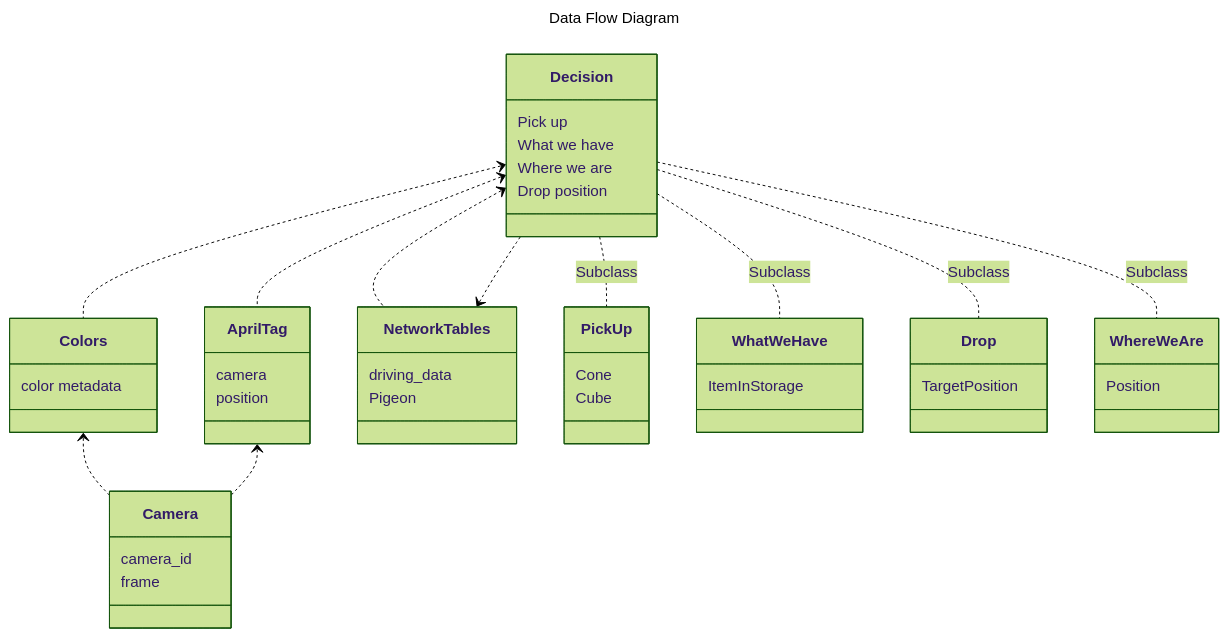
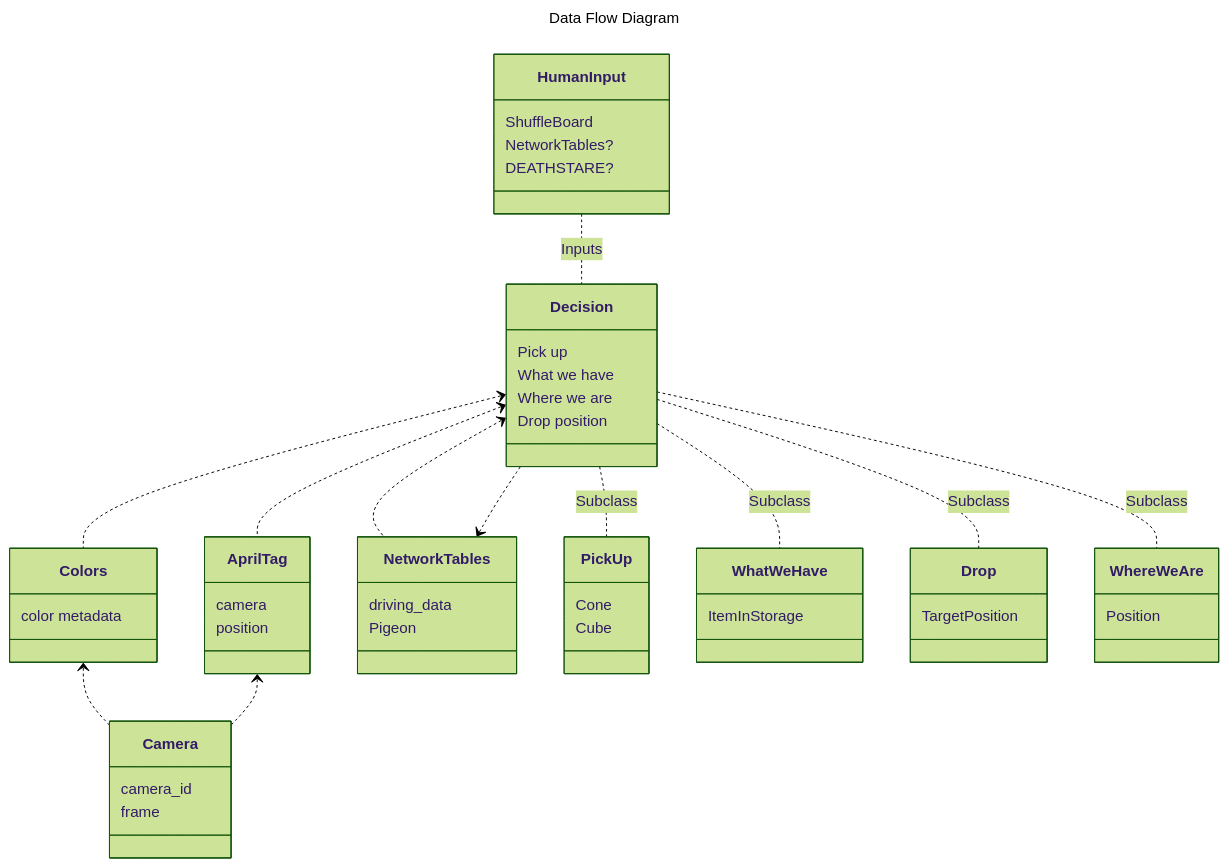
One commit to Brown-County-FIRST-Robotics/1716-2023-robot changed the diagram in docs/PieDrive.md. Above: the diagram before and after it, drawn with Mermaid (forest theme).

````diff
--- a/docs/PieDrive.md
+++ b/docs/PieDrive.md
@@ -3,50 +3,56 @@
 ```mermaid
 ---
 title: Data Flow Diagram
 ---
 classDiagram
     Colors <.. Camera
     AprilTag <.. Camera
     Decision <.. AprilTag
     Decision <.. Colors
     Decision <.. NetworkTables
     NetworkTables <.. Decision
     Decision .. PickUp : Subclass
     Decision .. WhatWeHave : Subclass
     Decision .. Drop : Subclass
     Decision .. WhereWeAre : Subclass
+    HumanInput .. Decision : Inputs
     class Camera{
       camera_id
       frame
     }
     class Colors{
       color metadata
     }
     class AprilTag{
       camera
       position
     }
     class NetworkTables{
       driving_data
       Pigeon
     }
     class Decision{
       Pick up
       What we have
       Where we are
       Drop position
     }
     class PickUp{
       Cone
       Cube
     }
     class WhatWeHave{
       ItemInStorage
     }
     class Drop{
       TargetPosition
     }
     class WhereWeAre{
       Position
     }  
+    class HumanInput{
+        ShuffleBoard
+        NetworkTables?
+        DEATHSTARE?
+    }
 ```
````
